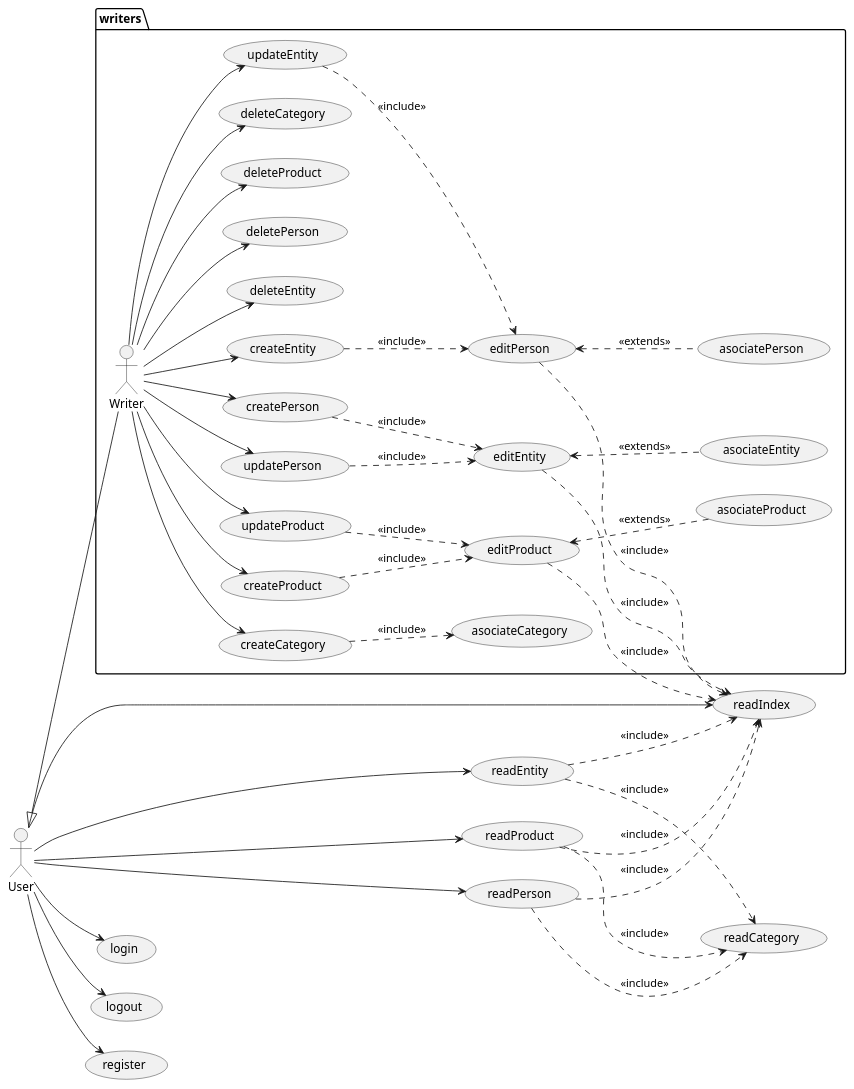
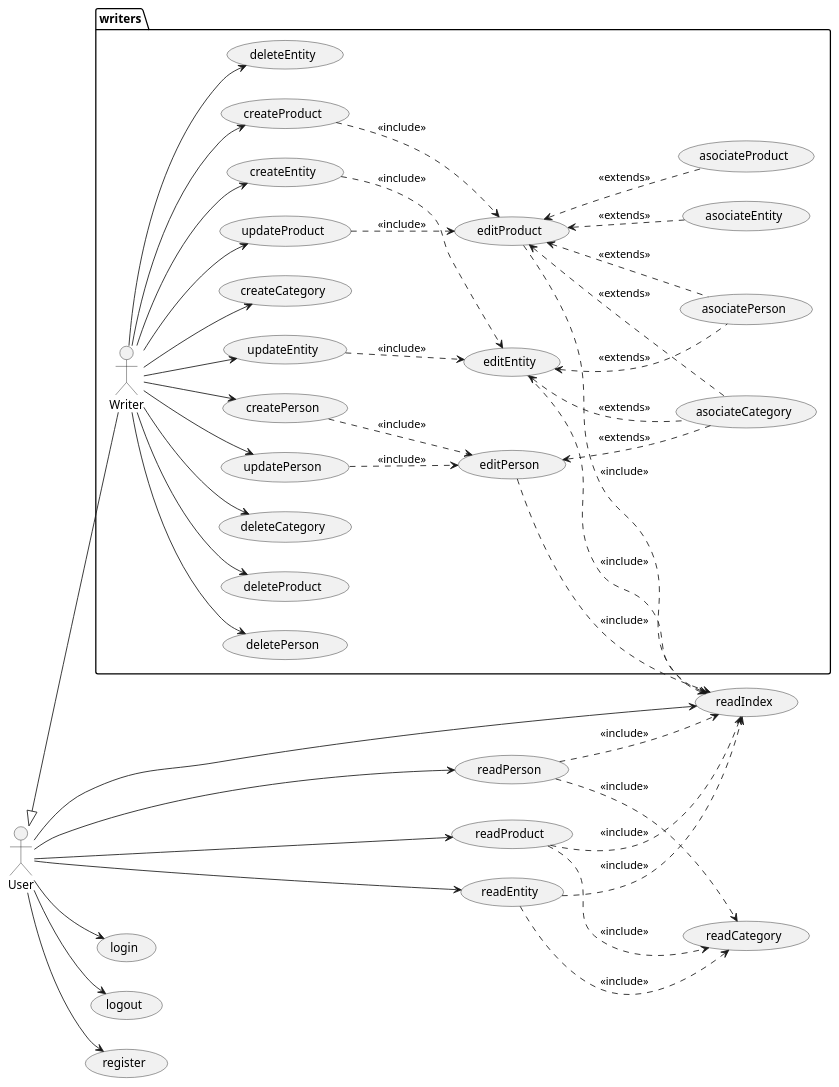
The second of 13 diagrams in index.adoc (nataliacasanova/analesdelaciencia), drawn with PlantUML before and after one commit. The commit also changed other lines of this file and 18 other files, not shown here.

```diff
--- a/index.adoc
+++ b/index.adoc
@@ -131,16 +131,23 @@
 
 
 
-createEntity ..> editPerson : <<include>>
-createPerson ..> editEntity : <<include>>
+createEntity ..> editEntity : <<include>>
+createPerson ..> editPerson : <<include>>
 createProduct ..> editProduct : <<include>>
-updateEntity ..> editPerson : <<include>>
-updatePerson ..> editEntity : <<include>>
+updateEntity ..> editEntity : <<include>>
+updatePerson ..> editPerson : <<include>>
 updateProduct ..> editProduct : <<include>>
-editEntity <.. asociateEntity: <<extends>>
-editPerson <.. asociatePerson: <<extends>>
+editEntity <.. asociatePerson: <<extends>>
+editEntity <.. asociateCategory: <<extends>>
+
+editProduct <.. asociatePerson: <<extends>>
+editProduct <.. asociateEntity: <<extends>>
+
+
+editPerson <.. asociateCategory: <<extends>>
+
 editProduct <.. asociateProduct: <<extends>>
-createCategory ..> asociateCategory: <<include>>
+editProduct <.. asociateCategory: <<extends>>
 
 editPerson ..> readIndex : <<include>>
 editEntity ..> readIndex : <<include>>
```
